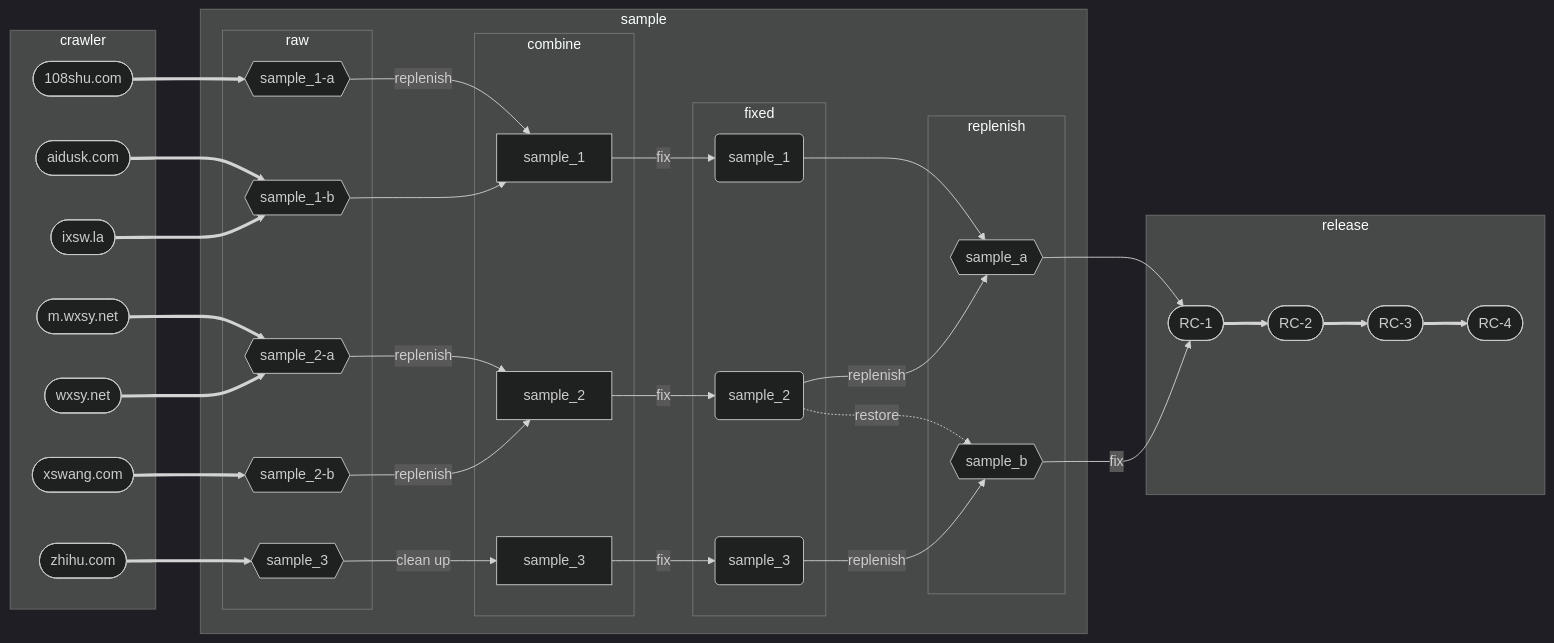
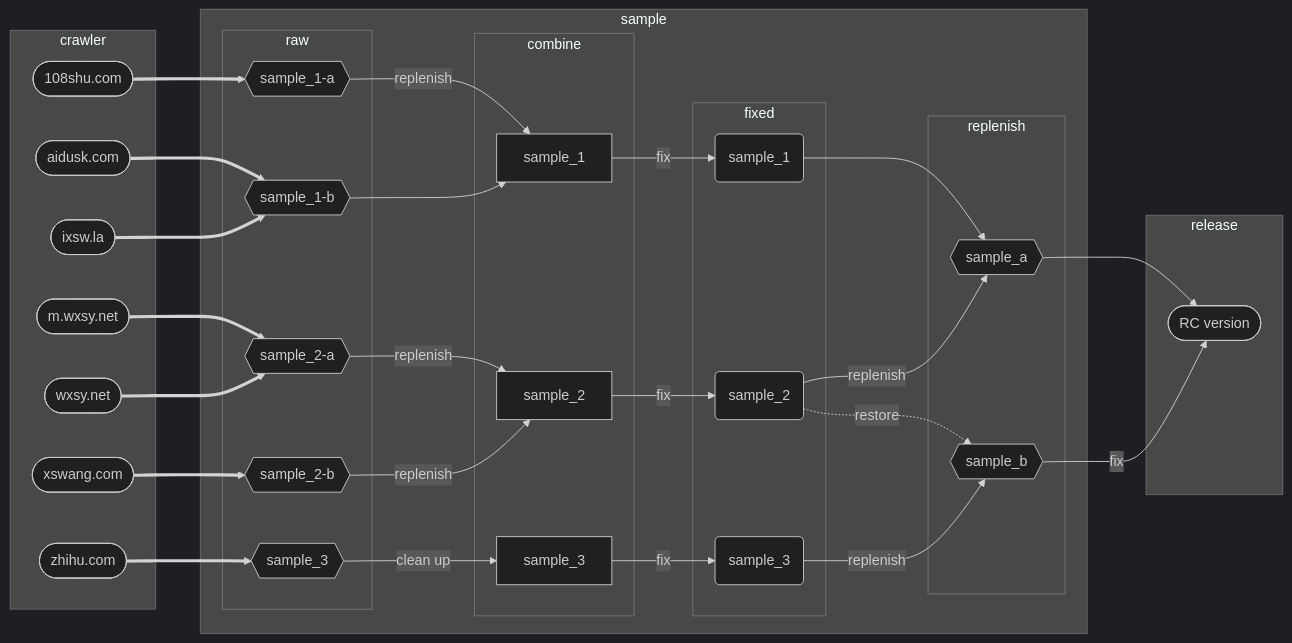
The diagram in README.md (dnomd343/xxrs-crawler), drawn with Mermaid (dark theme) before and after one commit. The commit also changed other lines of this file, not shown here.

````diff
--- a/README.md
+++ b/README.md
@@ -11,76 +29,70 @@
 ```mermaid
   graph LR
 
   subgraph crawler
     source_1([108shu.com])
     source_2([aidusk.com])
     source_3([ixsw.la])
     source_4([m.wxsy.net])
     source_5([wxsy.net])
     source_6([xswang.com])
     source_7([zhihu.com])
   end
 
   subgraph sample
     subgraph raw
       s1a_raw{{sample_1-a}}
       s1b_raw{{sample_1-b}}
       s2a_raw{{sample_2-a}}
       s2b_raw{{sample_2-b}}
       s3_raw{{sample_3}}
     end
 
     subgraph combine
       s1_combine[sample_1]
       s2_combine[sample_2]
       s3_combine[sample_3]
     end
 
     subgraph fixed
       s1_fixed(sample_1)
       s2_fixed(sample_2)
       s3_fixed(sample_3)
     end
 
     subgraph replenish
       sa{{sample_a}}
       sb{{sample_b}}
     end
 
     source_1 ==> s1a_raw
     source_2 ==> s1b_raw
     source_3 ==> s1b_raw
     source_4 ==> s2a_raw
     source_5 ==> s2a_raw
     source_6 ==> s2b_raw
     source_7 ==> s3_raw
 
     s1a_raw -- replenish --> s1_combine
     s1b_raw --> s1_combine
     s2a_raw -- replenish --> s2_combine
     s2b_raw -- replenish --> s2_combine
     s3_raw -- clean up --> s3_combine
 
     s1_combine -- fix --> s1_fixed
     s2_combine -- fix --> s2_fixed
     s3_combine -- fix --> s3_fixed
 
     s1_fixed --> sa
     s2_fixed -- replenish --> sa
     s2_fixed -. restore .-> sb
     s3_fixed -- replenish --> sb
   end
 
   subgraph release
-    rc-1([RC-1])
-    rc-2([RC-2])
-    rc-3([RC-3])
-    rc-4([RC-4])
-    sa --> rc-1
-    sb -- fix --> rc-1
-    rc-1 ==> rc-2
-    rc-2 ==> rc-3
-    rc-3 ==> rc-4
+    rc([RC version])
+    sa --> rc
+    sb -- fix --> rc
   end
 
 ```
````
